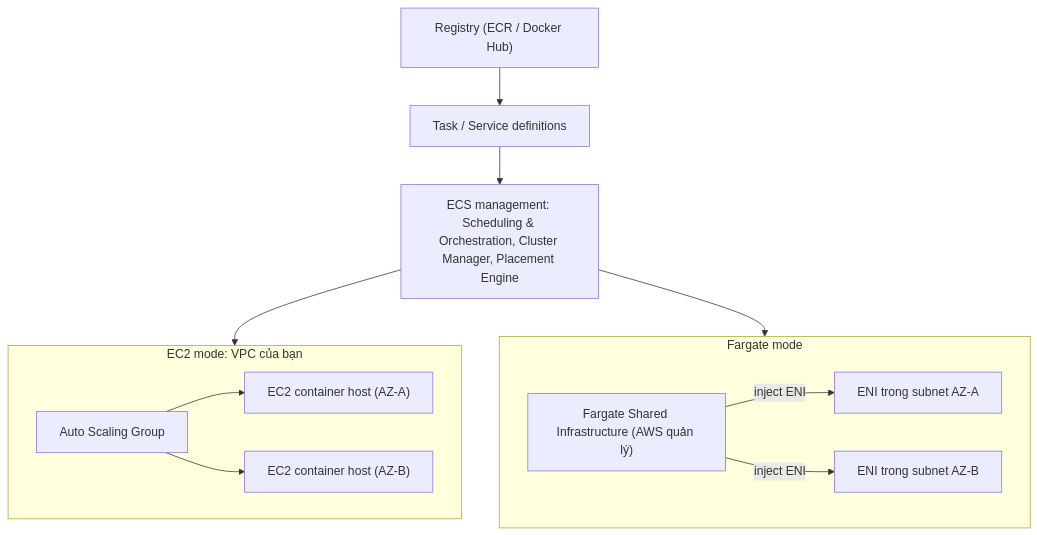
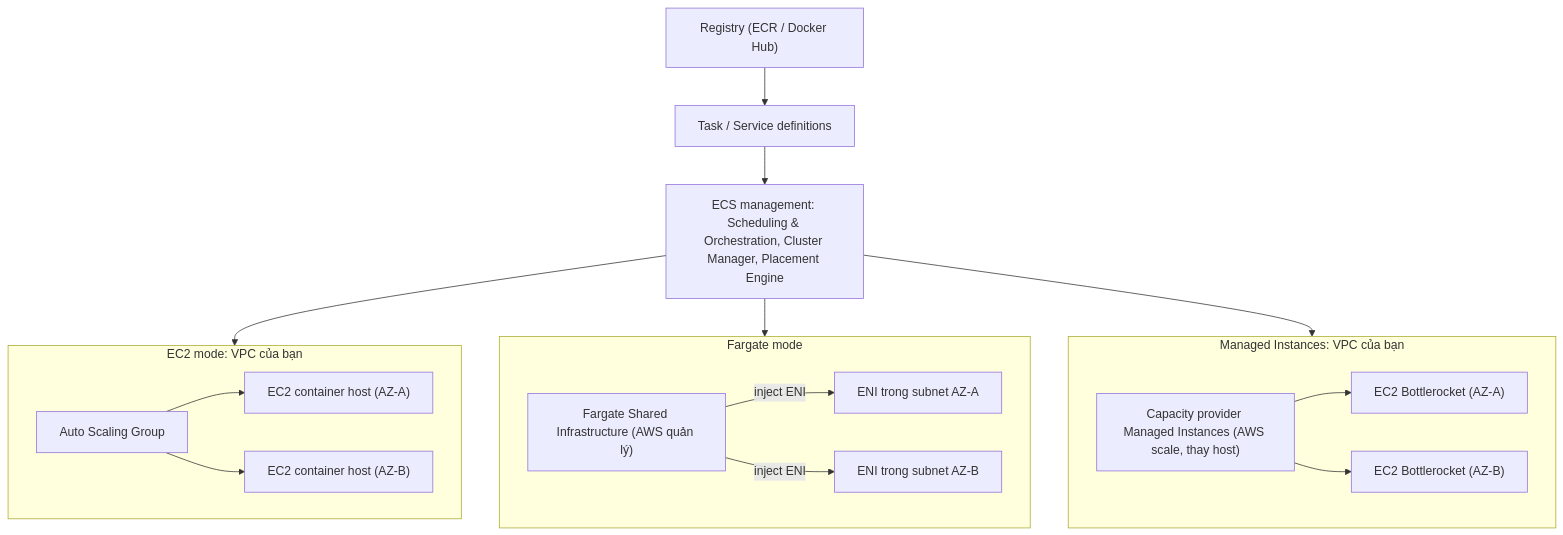
The diagram in data/08 Containers/ECS Launch Types EC2 vs Fargate.md (hairbui76/aws-saa-c03), drawn with Mermaid before and after one commit. The commit also changed other lines of this file and 44 other files, not shown here.

````diff
--- a/data/08 Containers/ECS Launch Types EC2 vs Fargate.md
+++ b/data/08 Containers/ECS Launch Types EC2 vs Fargate.md
@@ -38,16 +52,21 @@
 ```mermaid
 flowchart TB
   MGMT["ECS management: Scheduling & Orchestration, Cluster Manager, Placement Engine"]
   REG["Registry (ECR / Docker Hub)"] --> DEF["Task / Service definitions"]
   DEF --> MGMT
   subgraph EC2M["EC2 mode: VPC của bạn"]
     ASG["Auto Scaling Group"] --> H1["EC2 container host (AZ-A)"]
     ASG --> H2["EC2 container host (AZ-B)"]
   end
   subgraph FGM["Fargate mode"]
     FSI["Fargate Shared Infrastructure (AWS quản lý)"] -->|"inject ENI"| ENI1["ENI trong subnet AZ-A"]
     FSI -->|"inject ENI"| ENI2["ENI trong subnet AZ-B"]
   end
+  subgraph MIM["Managed Instances: VPC của bạn"]
+    MICP["Capacity provider Managed Instances (AWS scale, thay host)"] --> M1["EC2 Bottlerocket (AZ-A)"]
+    MICP --> M2["EC2 Bottlerocket (AZ-B)"]
+  end
   MGMT --> EC2M
   MGMT --> FGM
+  MGMT --> MIM
 ```
````
